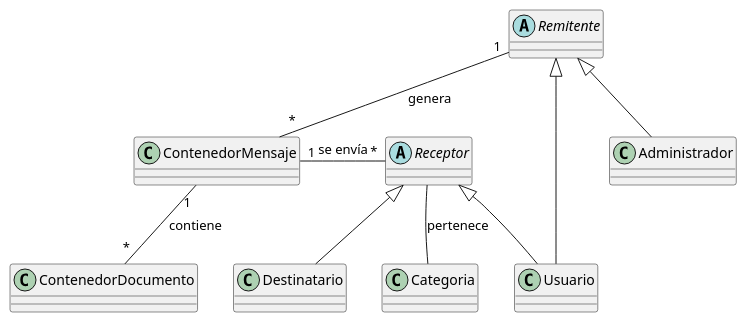
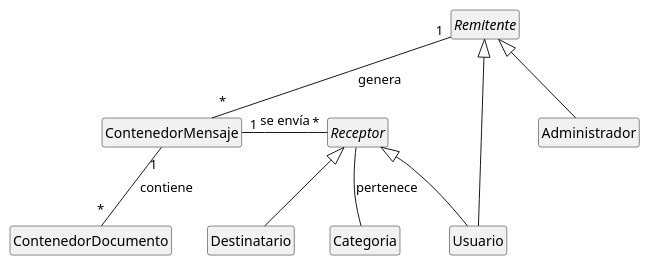
The diagram in docs/modeloDeDominio/diagramaDeClases/diagramaClasesIteracion2.puml (mmasias/24-25-IdSw1-SDR), drawn with PlantUML before and after one commit. The commit also changed 1 other file, not shown here.

Commit message:
Actualizando diagrama de clases y ocultando entidades

```diff
--- a/docs/modeloDeDominio/diagramaDeClases/diagramaClasesIteracion2.puml
+++ b/docs/modeloDeDominio/diagramaDeClases/diagramaClasesIteracion2.puml
@@ -1,38 +1,40 @@
 @startuml
+hide empty members
+hide circle
 abstract Remitente{
 }
 
 class ContenedorMensaje{
 }
 
 class Usuario{
 }
 
 class ContenedorDocumento{
 }
 
 abstract Receptor{
 }
 
 class Destinatario{
 }
 
 class Administrador{
 }
 
 class Categoria{
 }
 
 Remitente <|-- Administrador
 Remitente <|-- Usuario
 
 Receptor <|-- Destinatario
 Receptor <|-- Usuario
 Receptor -- Categoria : pertenece
 
 Remitente "1"--"*" ContenedorMensaje : genera
 
 ContenedorMensaje "1"--"*" ContenedorDocumento : contiene
 
 ContenedorMensaje "1"-r-"*" Receptor : se envía
 @enduml
```
